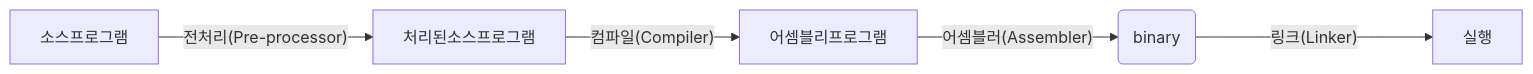
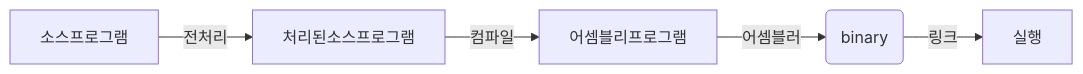
Before and after one commit to kgy94329/CS-study: the diagram in Computer System.md, drawn with Mermaid. The commit also changed other lines of this file, not shown here.

Commit message:
Obsidian backup: 2024-04-11 17:29:00

````diff
--- a/Computer System.md
+++ b/Computer System.md
@@ -15,7 +15,7 @@
 ```mermaid
 flowchart LR
-    소스프로그램 -- 전처리(Pre-processor) --> 처리된소스프로그램
-    처리된소스프로그램 -- 컴파일(Compiler) --> 어셈블리프로그램
-    어셈블리프로그램 -- 어셈블러(Assembler) --> RelocatableObjectPrograms(binary)
-    RelocatableObjectPrograms(binary) -- 링크(Linker) ----> 실행
+    소스프로그램 -- 전처리 --> 처리된소스프로그램
+    처리된소스프로그램 -- 컴파일 --> 어셈블리프로그램
+    어셈블리프로그램 -- 어셈블러 --> RelocatableObjectPrograms(binary)
+    RelocatableObjectPrograms(binary) -- 링크 --> 실행
 ```
````
